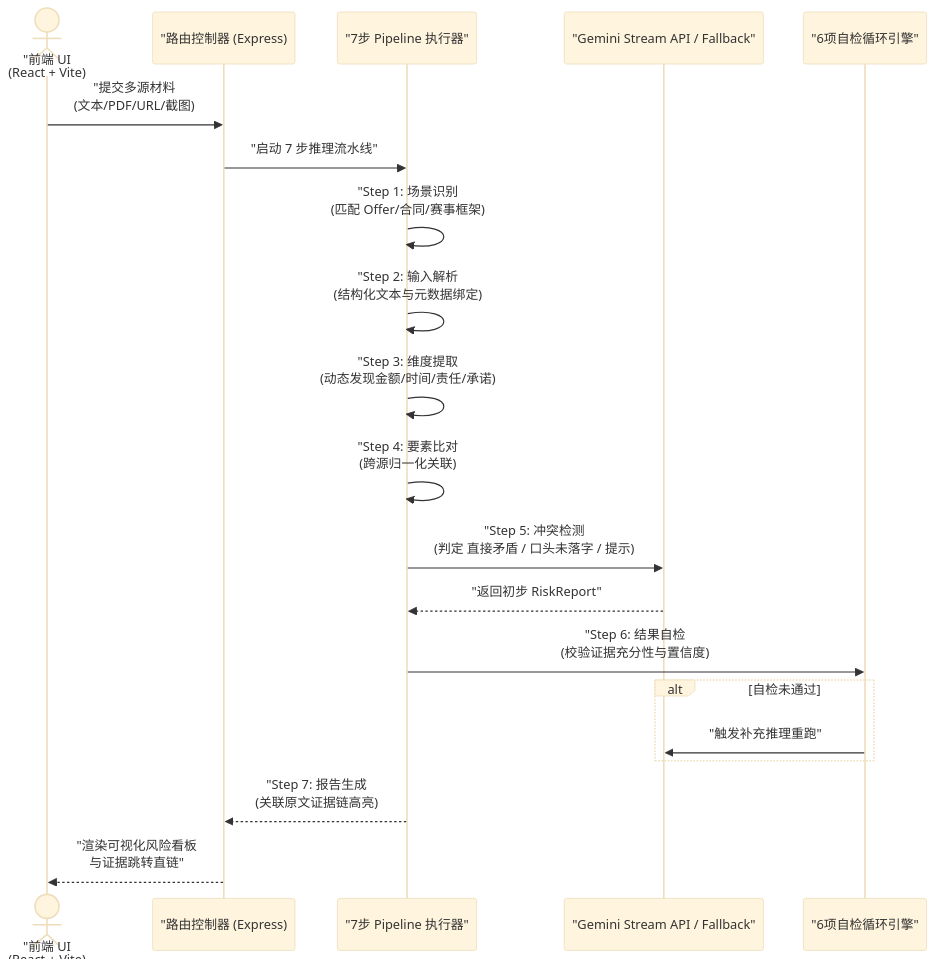
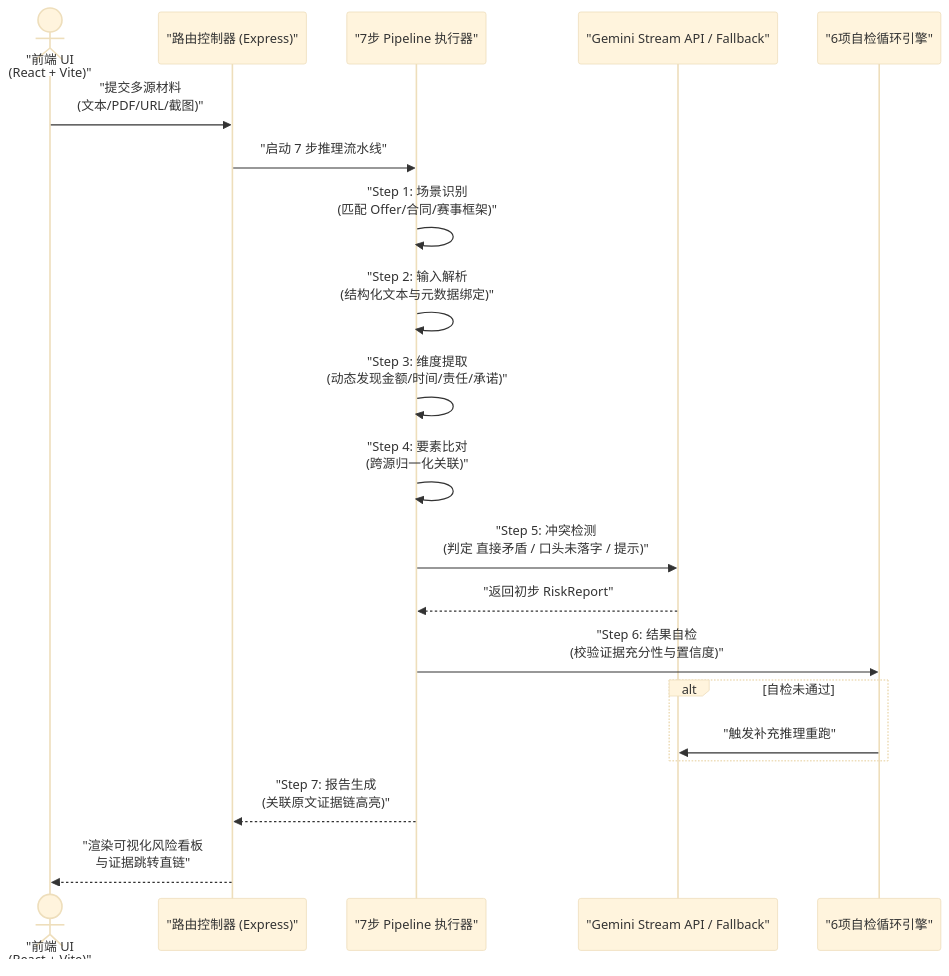
Before and after one commit to MeiSiristhebest/youju: the second of 3 diagrams in README.md, drawn with Mermaid (base theme). The commit also changed other lines of this file and 1 other file, not shown here.

Commit message:
docs(readme): 统一标准化头部格式（徽章居中 | 中英文切换居中 | 描述居中），内容完整不截断

````diff
--- a/README.md
+++ b/README.md
@@ -73,23 +81,23 @@
 ```mermaid
 sequenceDiagram
-    actor Client as "前端 UI<br/>(React + Vite)
-    participant Server as "路由控制器 (Express)
+    actor Client as "前端 UI<br/>(React + Vite)"
+    participant Server as "路由控制器 (Express)"
     participant Pipeline as "7步 Pipeline 执行器"
     participant Gemini as "Gemini Stream API / Fallback"
     participant Verifier as "6项自检循环引擎"
 
-    Client->>Server: "提交多源材料<br/>(文本/PDF/URL/截图)
+    Client->>Server: "提交多源材料<br/>(文本/PDF/URL/截图)"
     Server->>Pipeline: "启动 7 步推理流水线"
-    Pipeline->>Pipeline: "Step 1: 场景识别<br/>(匹配 Offer/合同/赛事框架)
-    Pipeline->>Pipeline: "Step 2: 输入解析<br/>(结构化文本与元数据绑定)
-    Pipeline->>Pipeline: "Step 3: 维度提取<br/>(动态发现金额/时间/责任/承诺)
-    Pipeline->>Pipeline: "Step 4: 要素比对<br/>(跨源归一化关联)
-    Pipeline->>Gemini: "Step 5: 冲突检测<br/>(判定 直接矛盾 / 口头未落字 / 提示)
+    Pipeline->>Pipeline: "Step 1: 场景识别<br/>(匹配 Offer/合同/赛事框架)"
+    Pipeline->>Pipeline: "Step 2: 输入解析<br/>(结构化文本与元数据绑定)"
+    Pipeline->>Pipeline: "Step 3: 维度提取<br/>(动态发现金额/时间/责任/承诺)"
+    Pipeline->>Pipeline: "Step 4: 要素比对<br/>(跨源归一化关联)"
+    Pipeline->>Gemini: "Step 5: 冲突检测<br/>(判定 直接矛盾 / 口头未落字 / 提示)"
     Gemini-->>Pipeline: "返回初步 RiskReport"
-    Pipeline->>Verifier: "Step 6: 结果自检<br/>(校验证据充分性与置信度)
+    Pipeline->>Verifier: "Step 6: 结果自检<br/>(校验证据充分性与置信度)"
     alt 自检未通过
         Verifier->>Gemini: "触发补充推理重跑"
     end
-    Pipeline-->>Server: "Step 7: 报告生成<br/>(关联原文证据链高亮)
+    Pipeline-->>Server: "Step 7: 报告生成<br/>(关联原文证据链高亮)"
     Server-->>Client: "渲染可视化风险看板<br/>与证据跳转直链"
 ```
````
